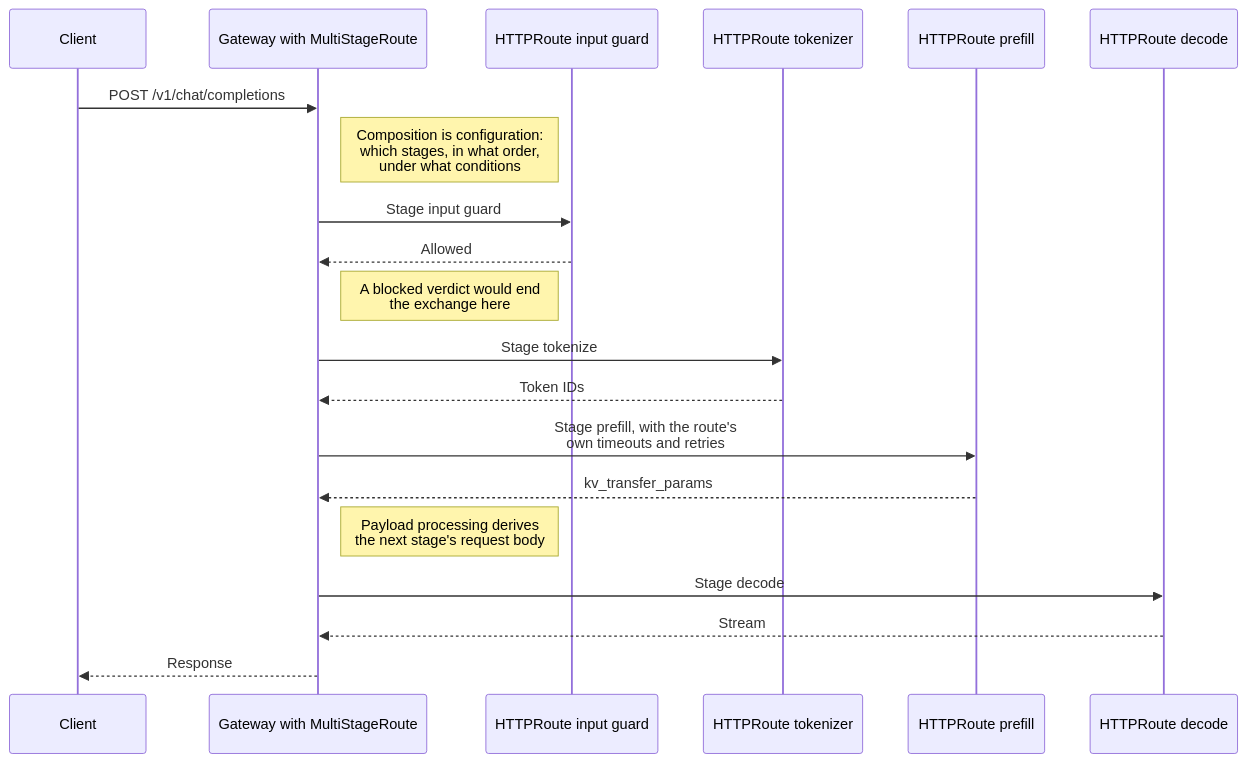
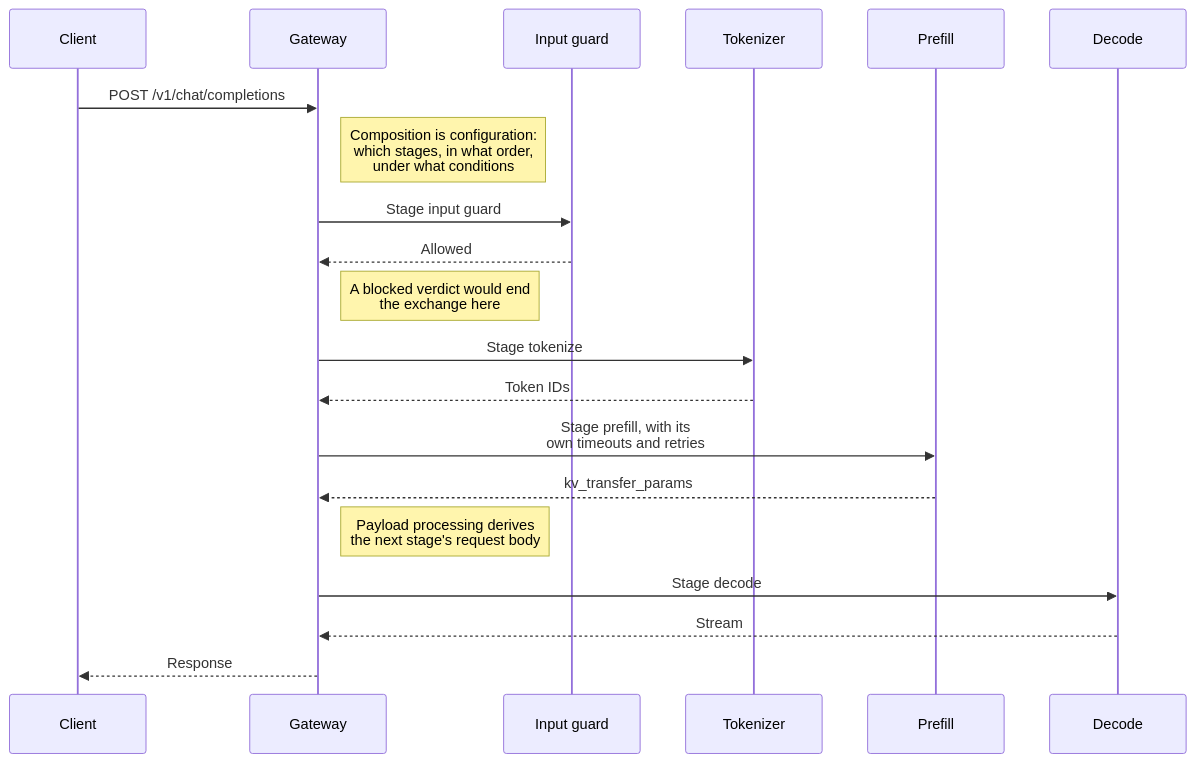
The sixth of 6 diagrams in geps/gep-5250/index.md (kubernetes-sigs/gateway-api), drawn with Mermaid before and after one commit. The commit also changed other lines of this file, not shown here.

````diff
--- a/geps/gep-5250/index.md
+++ b/geps/gep-5250/index.md
@@ -555,23 +522,23 @@
 ```mermaid
 sequenceDiagram
     participant C as Client
-    participant GW as Gateway with MultiStageRoute
-    participant R0 as HTTPRoute input guard
-    participant R1 as HTTPRoute tokenizer
-    participant R2 as HTTPRoute prefill
-    participant R3 as HTTPRoute decode
+    participant GW as Gateway
+    participant R0 as Input guard
+    participant R1 as Tokenizer
+    participant R2 as Prefill
+    participant R3 as Decode
 
     C->>GW: POST /v1/chat/completions
     Note right of GW: Composition is configuration:<br>which stages, in what order,<br>under what conditions
     GW->>R0: Stage input guard
     R0-->>GW: Allowed
     Note right of GW: A blocked verdict would end<br>the exchange here
     GW->>R1: Stage tokenize
     R1-->>GW: Token IDs
-    GW->>R2: Stage prefill, with the route's<br>own timeouts and retries
+    GW->>R2: Stage prefill, with its<br>own timeouts and retries
     R2-->>GW: kv_transfer_params
     Note right of GW: Payload processing derives<br>the next stage's request body
     GW->>R3: Stage decode
     R3-->>GW: Stream
     GW-->>C: Response
 ```
````
